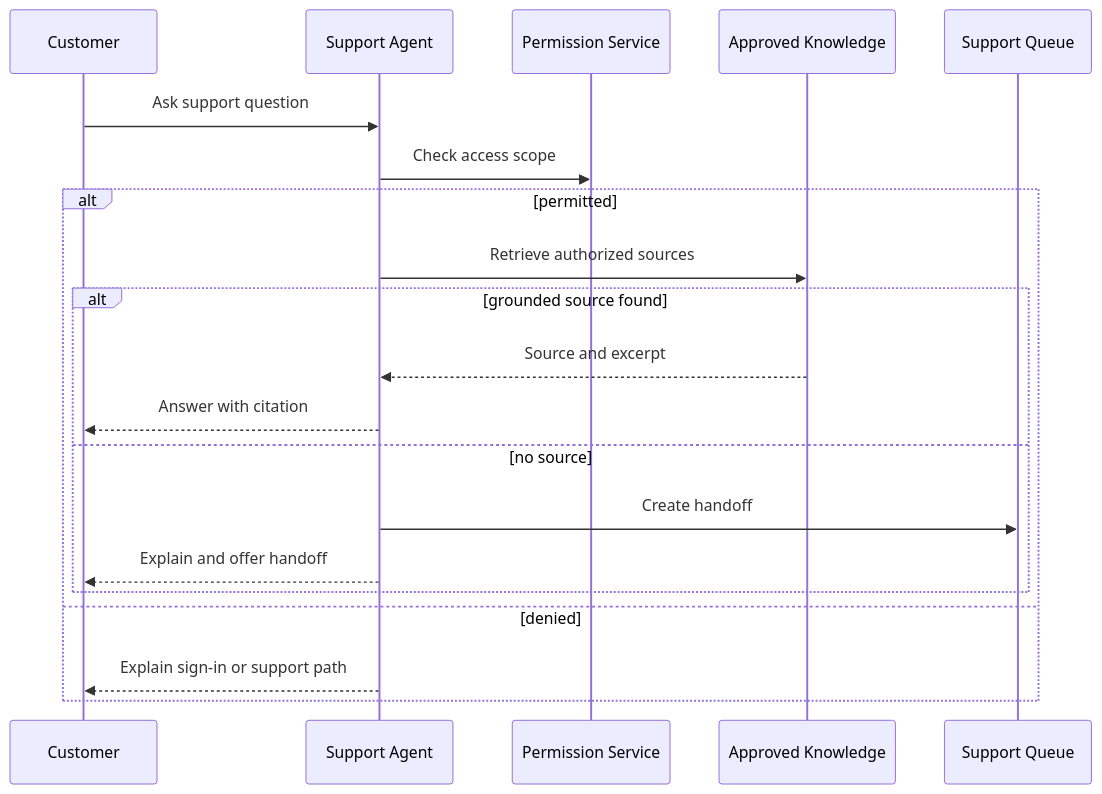
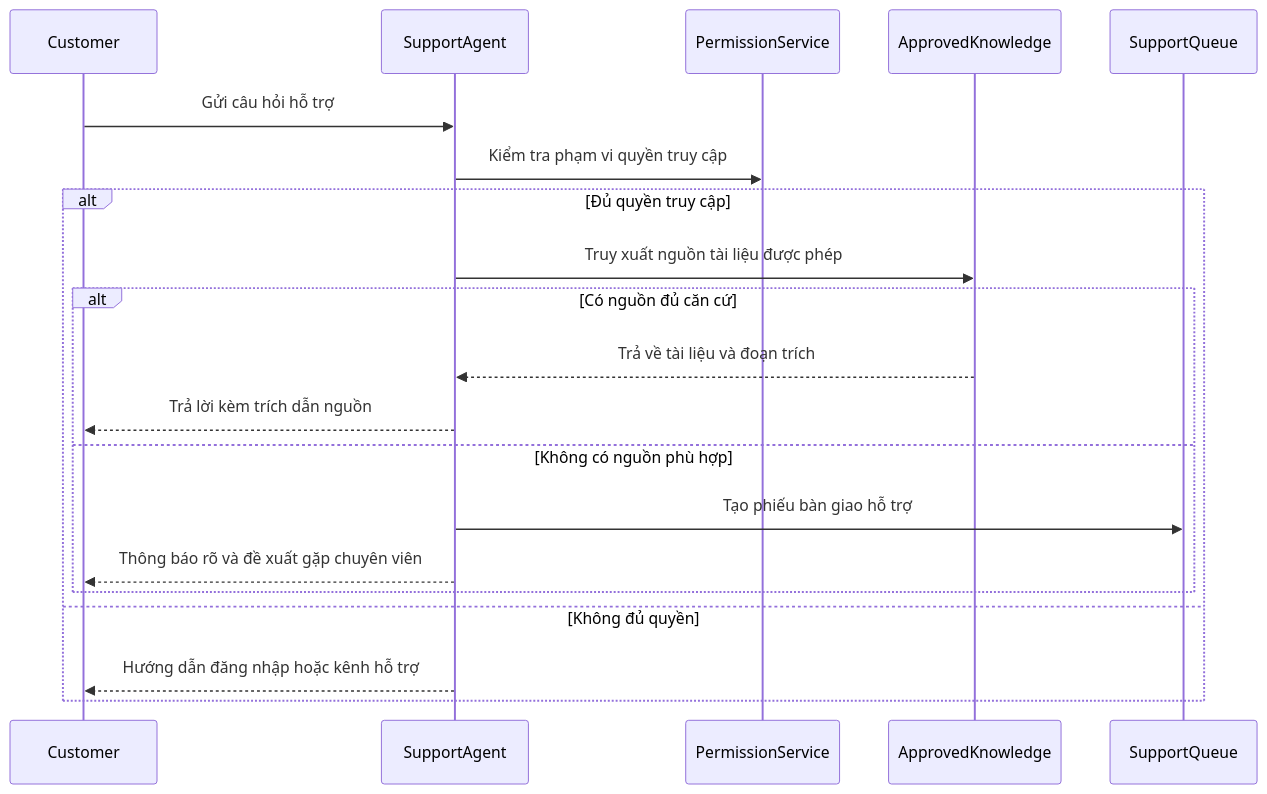
Before and after one commit to thinh1995/blueprint-ai: the first of 3 diagrams in docs/templates/examples/ai-support-agent/2. Tech Spec.md, drawn with Mermaid. The commit also changed other lines of this file and 63 other files, not shown here.

````diff
--- a/docs/templates/examples/ai-support-agent/2. Tech Spec.md
+++ b/docs/templates/examples/ai-support-agent/2. Tech Spec.md
@@ -22,22 +36,22 @@
 ```mermaid
 sequenceDiagram
   participant C as Customer
-  participant A as Support Agent
-  participant P as Permission Service
-  participant K as Approved Knowledge
-  participant H as Support Queue
-  C->>A: Ask support question
-  A->>P: Check access scope
-  alt permitted
-    A->>K: Retrieve authorized sources
-    alt grounded source found
-      K-->>A: Source and excerpt
-      A-->>C: Answer with citation
-    else no source
-      A->>H: Create handoff
-      A-->>C: Explain and offer handoff
+  participant A as SupportAgent
+  participant P as PermissionService
+  participant K as ApprovedKnowledge
+  participant H as SupportQueue
+  C->>A: Gửi câu hỏi hỗ trợ
+  A->>P: Kiểm tra phạm vi quyền truy cập
+  alt Đủ quyền truy cập
+    A->>K: Truy xuất nguồn tài liệu được phép
+    alt Có nguồn đủ căn cứ
+      K-->>A: Trả về tài liệu và đoạn trích
+      A-->>C: Trả lời kèm trích dẫn nguồn
+    else Không có nguồn phù hợp
+      A->>H: Tạo phiếu bàn giao hỗ trợ
+      A-->>C: Thông báo rõ và đề xuất gặp chuyên viên
     end
-  else denied
-    A-->>C: Explain sign-in or support path
+  else Không đủ quyền
+    A-->>C: Hướng dẫn đăng nhập hoặc kênh hỗ trợ
   end
 ```
````
